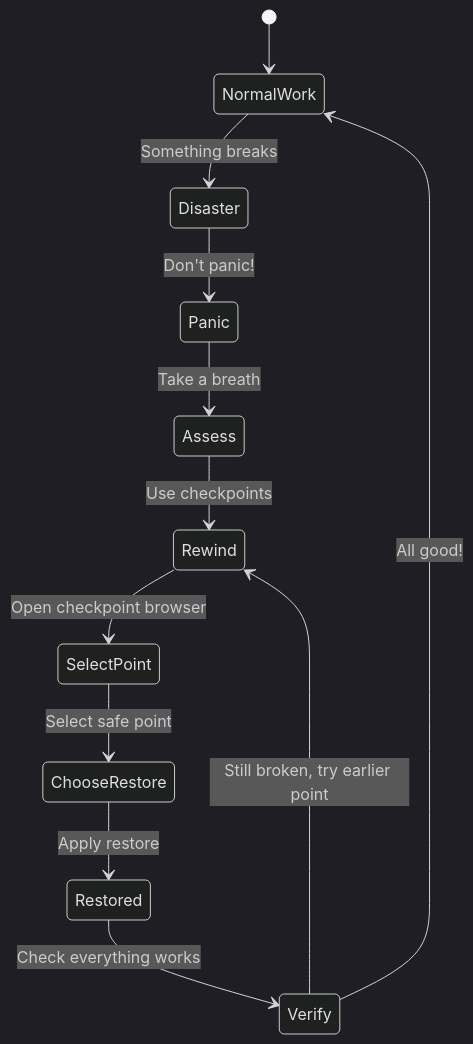
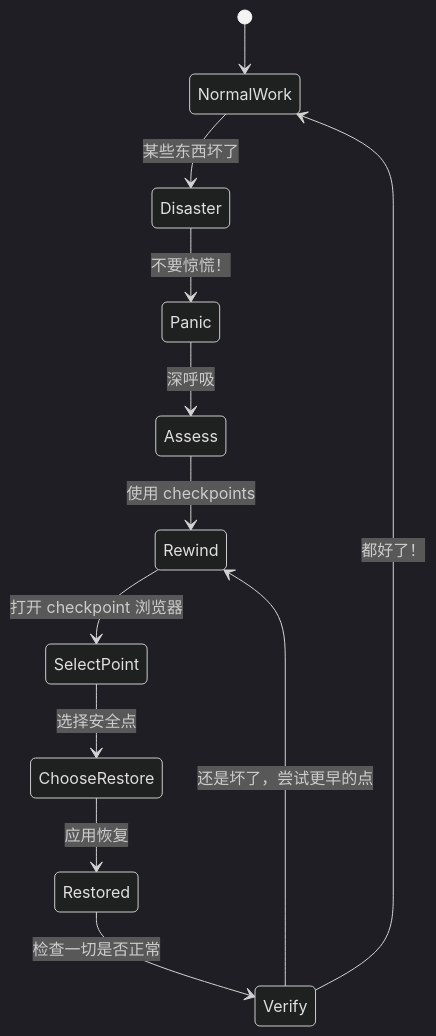
Before and after one commit to hellojoju/claude-code-lesson: the fourth of 7 diagrams in 08-checkpoints/README.md, drawn with Mermaid (dark theme). The commit also changed other lines of this file and 9 other files, not shown here.

````diff
--- a/08-checkpoints/README.md
+++ b/08-checkpoints/README.md
@@ -380,17 +380,17 @@
 ```mermaid
 stateDiagram-v2
     [*] --> NormalWork
-    NormalWork --> Disaster: Something breaks
+    NormalWork --> Disaster: 某些东西坏了
     
-    Disaster --> Panic: Don't panic!
-    Panic --> Assess: Take a breath
-    Assess --> Rewind: Use checkpoints
+    Disaster --> Panic: 不要惊慌！
+    Panic --> Assess: 深呼吸
+    Assess --> Rewind: 使用 checkpoints
     
-    Rewind --> SelectPoint: Open checkpoint browser
-    SelectPoint --> ChooseRestore: Select safe point
-    ChooseRestore --> Restored: Apply restore
+    Rewind --> SelectPoint: 打开 checkpoint 浏览器
+    SelectPoint --> ChooseRestore: 选择安全点
+    ChooseRestore --> Restored: 应用恢复
     
-    Restored --> Verify: Check everything works
-    Verify --> NormalWork: All good!
-    Verify --> Rewind: Still broken, try earlier point
+    Restored --> Verify: 检查一切是否正常
+    Verify --> NormalWork: 都好了！
+    Verify --> Rewind: 还是坏了，尝试更早的点
 ```
````
